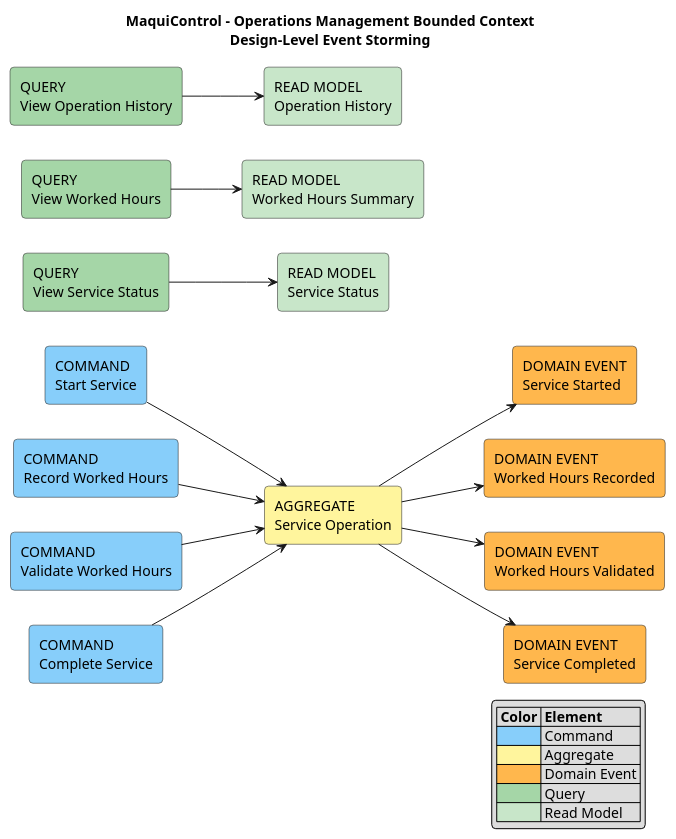
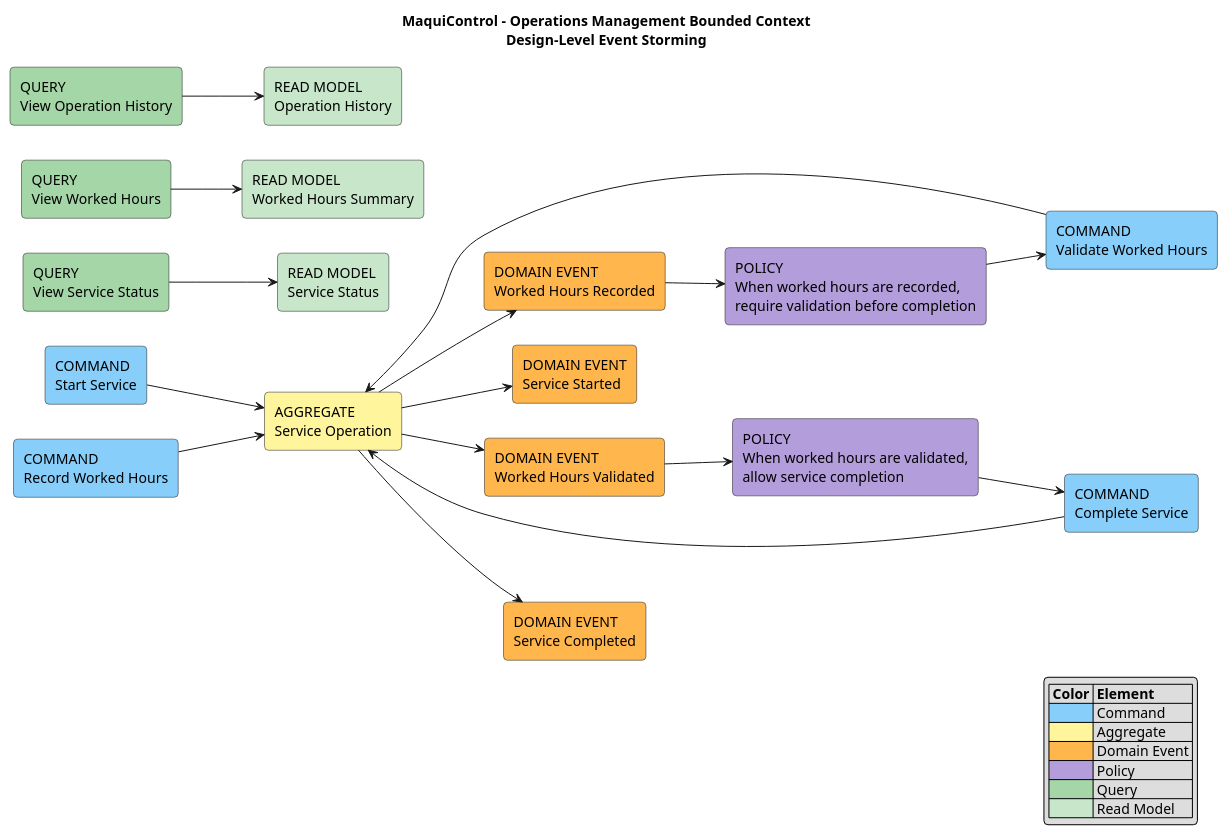
Before and after one commit to AndesHeavyTech/MaquiControl: the diagram in docs/architecture/event-storming/operations-management-design-level.puml, drawn with PlantUML. The commit also changed 14 other files, not shown here.

```diff
--- a/docs/architecture/event-storming/operations-management-design-level.puml
+++ b/docs/architecture/event-storming/operations-management-design-level.puml
@@ -1,67 +1,77 @@
 @startuml
 title MaquiControl - Operations Management Bounded Context\nDesign-Level Event Storming
 
 left to right direction
 skinparam shadowing false
 skinparam roundcorner 8
 skinparam defaultFontName Arial
 
 ' =========================
 ' Styles
 ' =========================
 
 rectangle "COMMAND\nStart Service" as CMD_START #87CEFA
 rectangle "COMMAND\nRecord Worked Hours" as CMD_RECORD_HOURS #87CEFA
 rectangle "COMMAND\nValidate Worked Hours" as CMD_VALIDATE_HOURS #87CEFA
 rectangle "COMMAND\nComplete Service" as CMD_COMPLETE #87CEFA
 
 rectangle "AGGREGATE\nService Operation" as AGG_OPERATION #FFF59D
 
 rectangle "DOMAIN EVENT\nService Started" as EVT_STARTED #FFB74D
 rectangle "DOMAIN EVENT\nWorked Hours Recorded" as EVT_HOURS_RECORDED #FFB74D
 rectangle "DOMAIN EVENT\nWorked Hours Validated" as EVT_HOURS_VALIDATED #FFB74D
 rectangle "DOMAIN EVENT\nService Completed" as EVT_COMPLETED #FFB74D
+
+rectangle "POLICY\nWhen worked hours are recorded,\nrequire validation before completion" as POL_VALIDATE_RECORDED_HOURS #B39DDB
+rectangle "POLICY\nWhen worked hours are validated,\nallow service completion" as POL_COMPLETE_VALIDATED_SERVICE #B39DDB
 
 rectangle "QUERY\nView Service Status" as QUERY_STATUS #A5D6A7
 rectangle "READ MODEL\nService Status" as READ_STATUS #C8E6C9
 
 rectangle "QUERY\nView Worked Hours" as QUERY_HOURS #A5D6A7
 rectangle "READ MODEL\nWorked Hours Summary" as READ_HOURS #C8E6C9
 
 rectangle "QUERY\nView Operation History" as QUERY_HISTORY #A5D6A7
 rectangle "READ MODEL\nOperation History" as READ_HISTORY #C8E6C9
 
 ' =========================
 ' Commands -> Aggregate -> Events
 ' =========================
 
 CMD_START --> AGG_OPERATION
 AGG_OPERATION --> EVT_STARTED
 
 CMD_RECORD_HOURS --> AGG_OPERATION
 AGG_OPERATION --> EVT_HOURS_RECORDED
 
 CMD_VALIDATE_HOURS --> AGG_OPERATION
 AGG_OPERATION --> EVT_HOURS_VALIDATED
 
 CMD_COMPLETE --> AGG_OPERATION
 AGG_OPERATION --> EVT_COMPLETED
 
+EVT_HOURS_RECORDED --> POL_VALIDATE_RECORDED_HOURS
+POL_VALIDATE_RECORDED_HOURS --> CMD_VALIDATE_HOURS
+
+EVT_HOURS_VALIDATED --> POL_COMPLETE_VALIDATED_SERVICE
+POL_COMPLETE_VALIDATED_SERVICE --> CMD_COMPLETE
+
 ' =========================
 ' Queries -> Read Models
 ' =========================
 
 QUERY_STATUS --> READ_STATUS
 QUERY_HOURS --> READ_HOURS
 QUERY_HISTORY --> READ_HISTORY
 
 legend right
 |= Color |= Element |
 |<#87CEFA>| Command |
 |<#FFF59D>| Aggregate |
 |<#FFB74D>| Domain Event |
+|<#B39DDB>| Policy |
 |<#A5D6A7>| Query |
 |<#C8E6C9>| Read Model |
 endlegend
 
 @enduml
```
